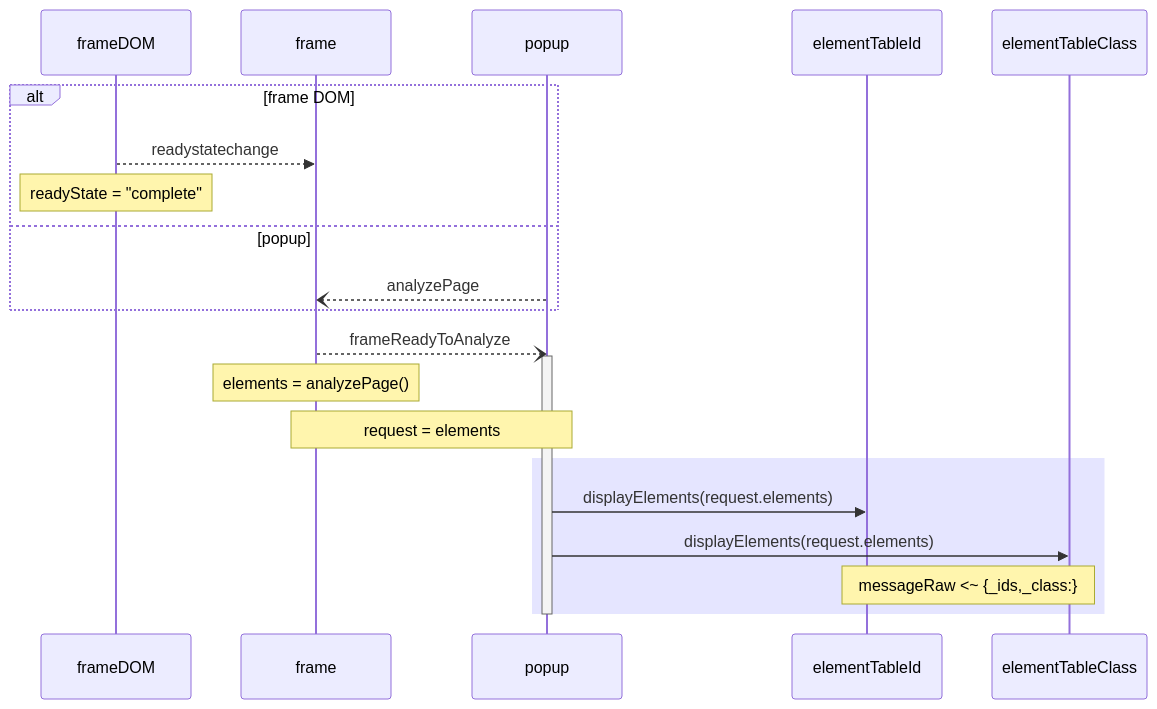
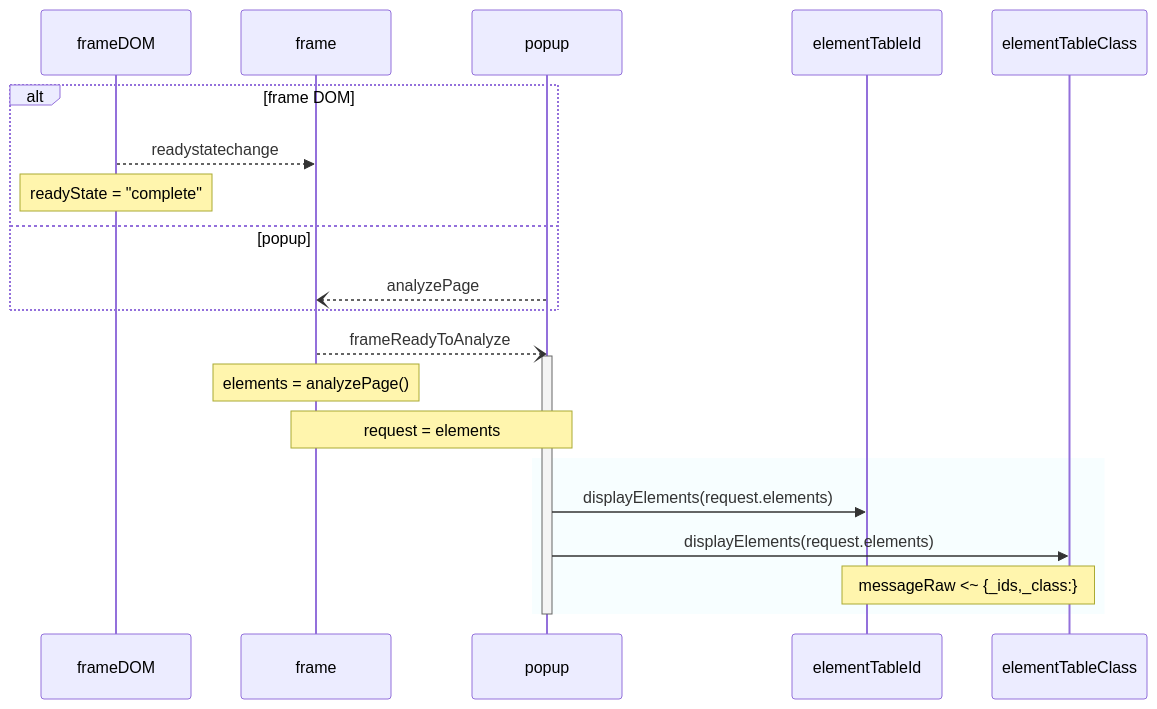
One commit to JoeFerri/mit-chrome-extension changed the diagram in IC Extractor Project/frame-popup-logic.mermaid. Above: the diagram before and after it, drawn with Mermaid. The commit also changed 1 other file, not shown here.

```diff
--- a/IC Extractor Project/frame-popup-logic.mermaid
+++ b/IC Extractor Project/frame-popup-logic.mermaid
@@ -1,22 +1,22 @@
 sequenceDiagram
     participant frameDOM
     participant frame
     participant popup
     participant elementTableId
     participant elementTableClass
     alt frame DOM
     frameDOM-->>frame: readystatechange
     Note over frameDOM: readyState = "complete"
     else popup
     popup--)frame: analyzePage
     end
     frame--)popup: frameReadyToAnalyze
     activate popup
     Note over frame: elements = analyzePage()
     Note over frame, popup: request = elements
-    rect rgba(0, 0, 255, .1)
+    rect rgba(0, 200, 255, .03)
     popup->>elementTableId: displayElements(request.elements)
     popup->>elementTableClass: displayElements(request.elements)
     Note over elementTableId, elementTableClass: messageRaw <~ {_ids,_class:}
     end
     deactivate popup
```
